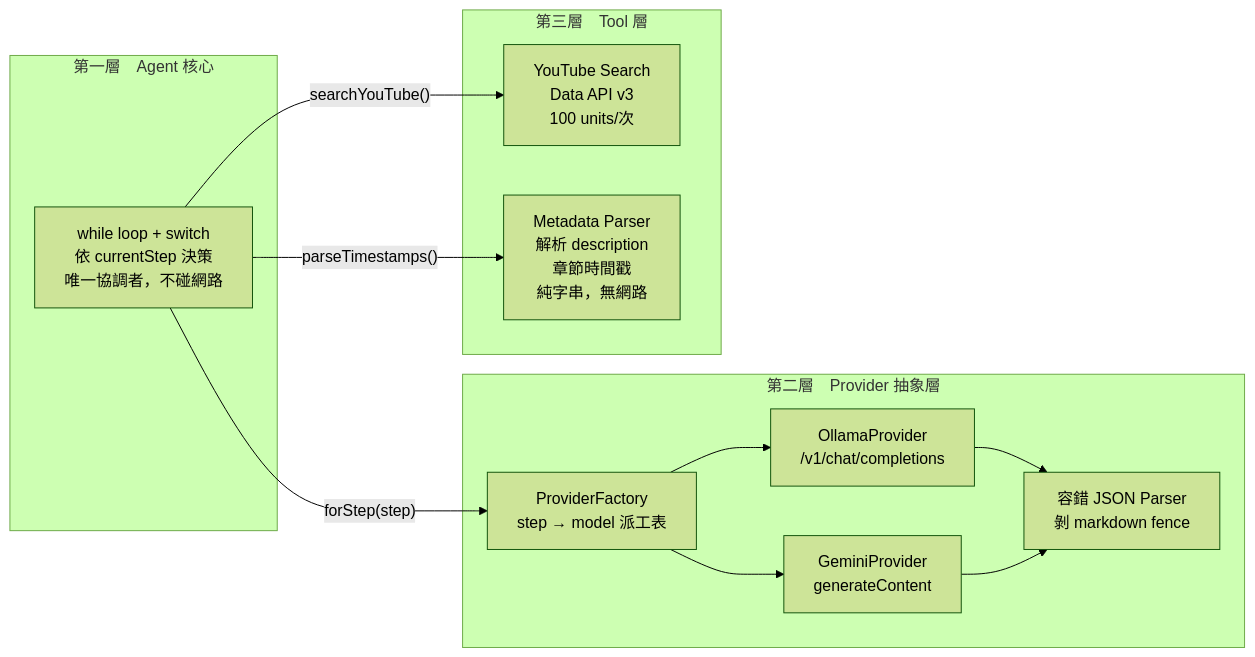
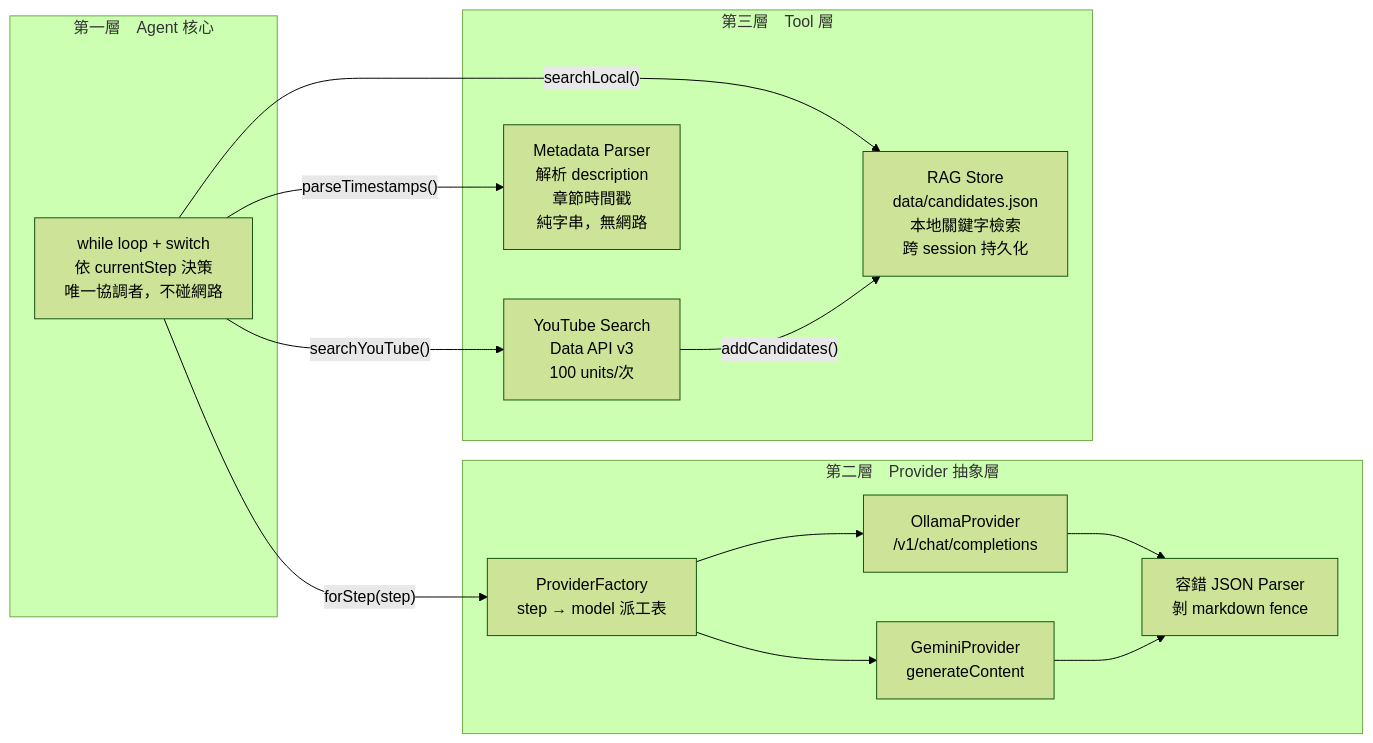
The second of 2 diagrams in README.md (fortty0922/SkillForge), drawn with Mermaid (forest theme) before and after one commit. The commit also changed other lines of this file, not shown here.

First line of the commit message:
docs: update README to reflect RAG store and new attach flow

````diff
--- a/README.md
+++ b/README.md
@@ -67,24 +71,27 @@
 ```mermaid
 flowchart LR
     subgraph L1["第一層　Agent 核心"]
         Core["while loop + switch\n依 currentStep 決策\n唯一協調者，不碰網路"]
     end
 
     subgraph L2["第二層　Provider 抽象層"]
         Factory["ProviderFactory\nstep → model 派工表"]
         Ollama["OllamaProvider\n/v1/chat/completions"]
         Gemini["GeminiProvider\ngenerateContent"]
         Parser["容錯 JSON Parser\n剝 markdown fence"]
         Factory --> Ollama & Gemini
         Ollama & Gemini --> Parser
     end
 
     subgraph L3["第三層　Tool 層"]
         YT["YouTube Search\nData API v3\n100 units/次"]
         Meta["Metadata Parser\n解析 description\n章節時間戳\n純字串，無網路"]
+        RAG["RAG Store\ndata/candidates.json\n本地關鍵字檢索\n跨 session 持久化"]
     end
 
     Core -- "forStep(step)" --> Factory
+    Core -- "searchLocal()" --> RAG
     Core -- "searchYouTube()" --> YT
     Core -- "parseTimestamps()" --> Meta
+    YT -- "addCandidates()" --> RAG
 ```
````
